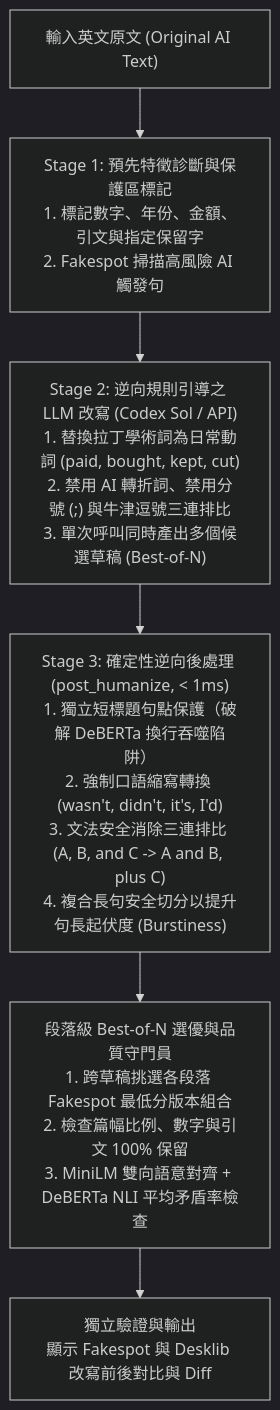
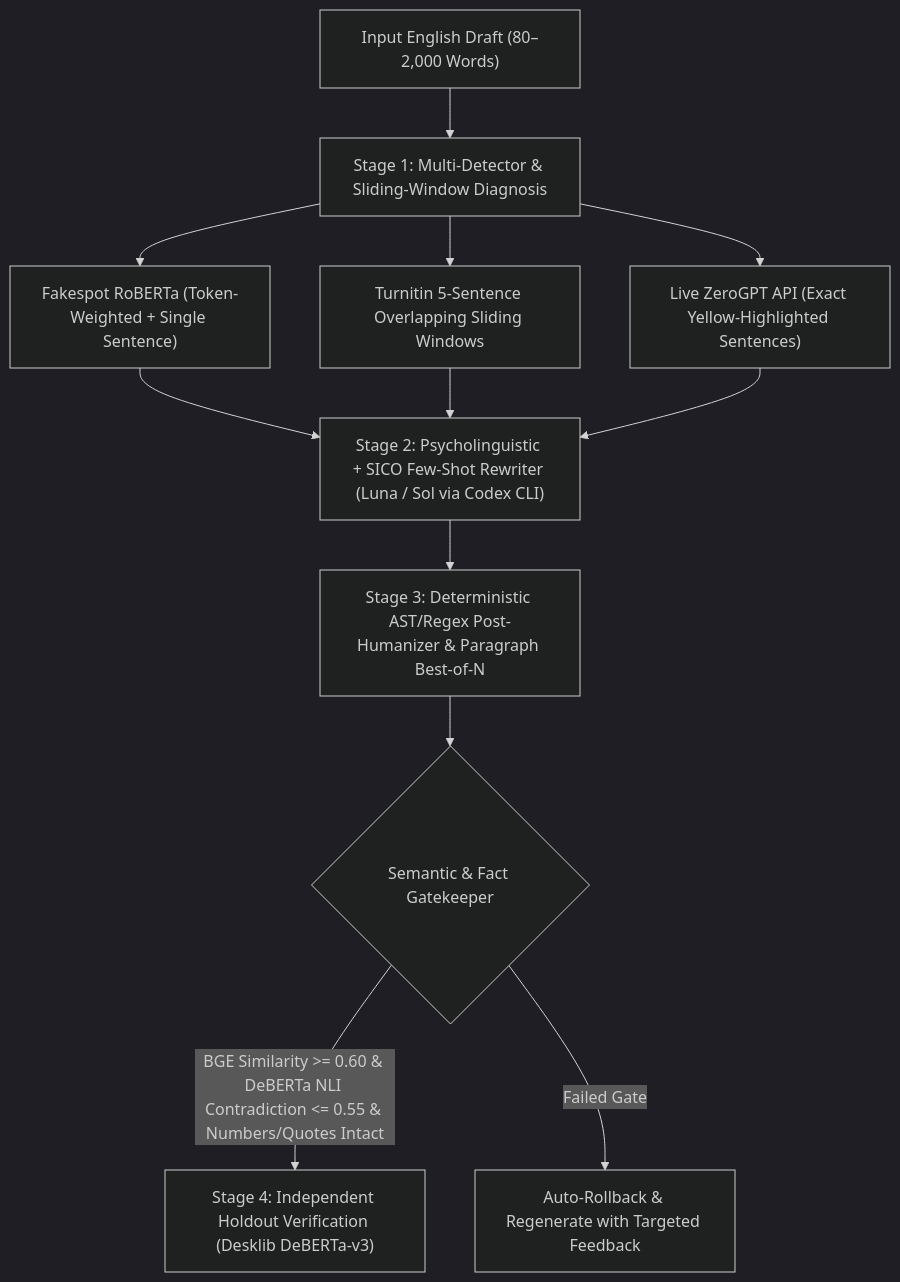
One commit to a8594755-maker/humanize-lab changed the diagram in README.md. Above: the diagram before and after it, drawn with Mermaid (dark theme). The commit also changed other lines of this file and 5 other files, not shown here.

Commit message:
Launch flagship bilingual docs, WHITEPAPER.md, and Turnitin sliding-window heatmap UI

````diff
--- a/README.md
+++ b/README.md
@@ -119,8 +39,12 @@
 ```mermaid
 flowchart TD
-    A["輸入英文原文 (Original AI Text)"] --> B["Stage 1: 預先特徵診斷與保護區標記<br/>1. 標記數字、年份、金額、引文與指定保留字<br/>2. Fakespot 掃描高風險 AI 觸發句"]
-    B --> C["Stage 2: 逆向規則引導之 LLM 改寫 (Codex Sol / API)<br/>1. 替換拉丁學術詞為日常動詞 (paid, bought, kept, cut)<br/>2. 禁用 AI 轉折詞、禁用分號 (;) 與牛津逗號三連排比<br/>3. 單次呼叫同時產出多個候選草稿 (Best-of-N)"]
-    C --> D["Stage 3: 確定性逆向後處理 (post_humanize, < 1ms)<br/>1. 獨立短標題句點保護（破解 DeBERTa 換行吞噬陷阱）<br/>2. 強制口語縮寫轉換 (wasn't, didn't, it's, I'd)<br/>3. 文法安全消除三連排比 (A, B, and C -> A and B, plus C)<br/>4. 複合長句安全切分以提升句長起伏度 (Burstiness)"]
-    D --> E["段落級 Best-of-N 選優與品質守門員<br/>1. 跨草稿挑選各段落 Fakespot 最低分版本組合<br/>2. 檢查篇幅比例、數字與引文 100% 保留<br/>3. MiniLM 雙向語意對齊 + DeBERTa NLI 平均矛盾率檢查"]
-    E --> F["獨立驗證與輸出<br/>顯示 Fakespot 與 Desklib 改寫前後對比與 Diff"]
+    A["Input English Draft (80–2,000 Words)"] --> B["Stage 1: Multi-Detector & Sliding-Window Diagnosis"]
+    B --> B1["Fakespot RoBERTa (Token-Weighted + Single Sentence)"]
+    B --> B2["Turnitin 5-Sentence Overlapping Sliding Windows"]
+    B --> B3["Live ZeroGPT API (Exact Yellow-Highlighted Sentences)"]
+    B1 & B2 & B3 --> C["Stage 2: Psycholinguistic + SICO Few-Shot Rewriter (Luna / Sol via Codex CLI)"]
+    C --> D["Stage 3: Deterministic AST/Regex Post-Humanizer & Paragraph Best-of-N"]
+    D --> E{"Semantic & Fact Gatekeeper"}
+    E -- "BGE Similarity >= 0.60 & DeBERTa NLI Contradiction <= 0.55 & Numbers/Quotes Intact" --> F["Stage 4: Independent Holdout Verification (Desklib DeBERTa-v3)"]
+    E -- "Failed Gate" --> G["Auto-Rollback & Regenerate with Targeted Feedback"]
 ```
````
